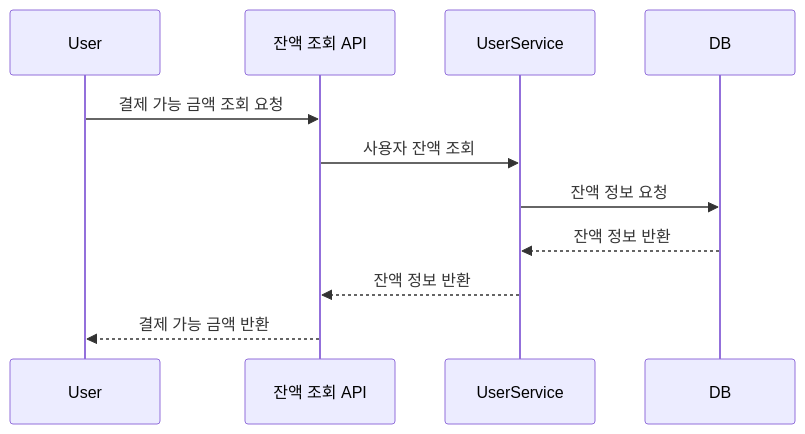
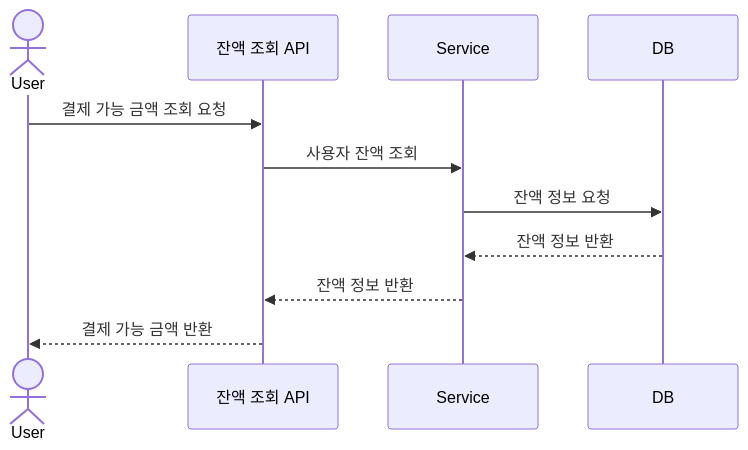
One commit to maiorem/ticket-reservation changed the fifth of 5 diagrams in README.md. Above: the diagram before and after it, drawn with Mermaid. The commit also changed other lines of this file, not shown here.

Commit message:
set: 마일스톤 및 시퀀스 다이어그램 작성

````diff
--- a/README.md
+++ b/README.md
@@ -156,16 +166,16 @@
 ```mermaid
 sequenceDiagram
-    participant User
+    actor User
     participant 잔액 조회 API
-    participant UserService
+    participant Service
     participant DB
 
     %% 잔액 조회
     User->>잔액 조회 API: 결제 가능 금액 조회 요청
-    잔액 조회 API->>UserService: 사용자 잔액 조회
-    UserService->>DB: 잔액 정보 요청
-    DB-->>UserService: 잔액 정보 반환
-    UserService-->>잔액 조회 API: 잔액 정보 반환
+    잔액 조회 API->>Service: 사용자 잔액 조회
+    Service->>DB: 잔액 정보 요청
+    DB-->>Service: 잔액 정보 반환
+    Service-->>잔액 조회 API: 잔액 정보 반환
     잔액 조회 API-->>User: 결제 가능 금액 반환
 
 ```
````
